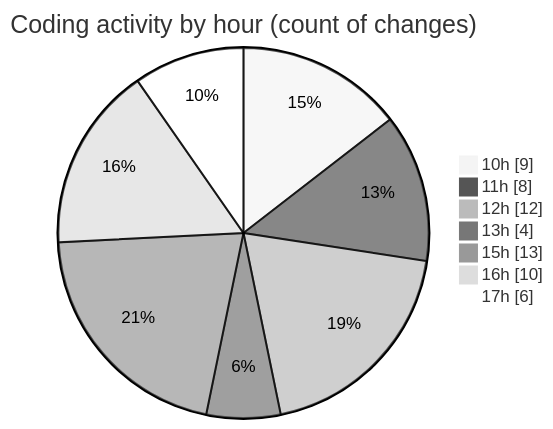
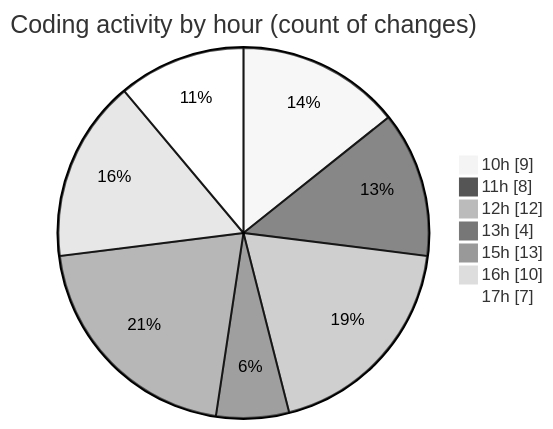
The second of 2 diagrams in 2026-04-16/airfeed-analytics-dashboard/README.md (nxtqubesakshisongat/code-tracking), drawn with Mermaid (neutral theme) before and after one commit. The commit also changed other lines of this file and 1 other file, not shown here.

````diff
--- a/2026-04-16/airfeed-analytics-dashboard/README.md
+++ b/2026-04-16/airfeed-analytics-dashboard/README.md
@@ -41,11 +41,11 @@
 ```mermaid
 pie showData
 title Coding activity by hour (count of changes)
 "10h" : 9
 "11h" : 8
 "12h" : 12
 "13h" : 4
 "15h" : 13
 "16h" : 10
-"17h" : 6
+"17h" : 7
 ```
````
